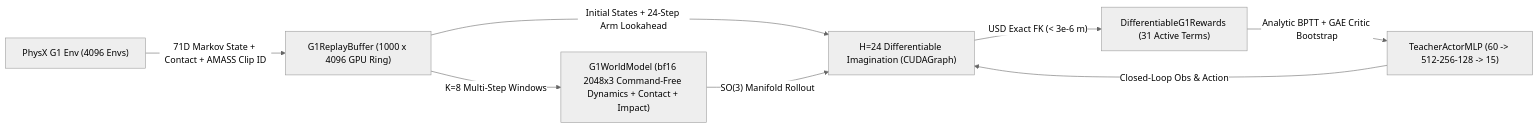
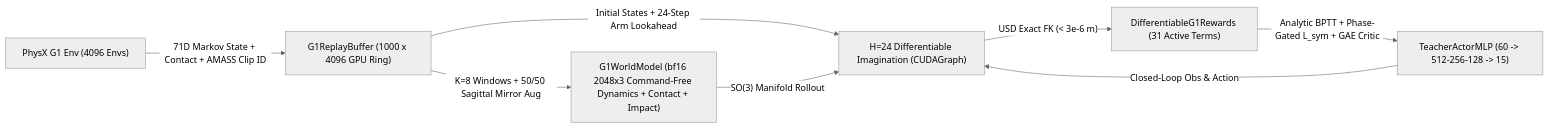
Before and after one commit to xuejun7777/SuperMimic-Decoupled-WBC: the diagram in docs/supermimic_research_report.md, drawn with Mermaid (neutral theme). The commit also changed other lines of this file and 13 other files, not shown here.

Commit message:
Add phase-gated sagittal mirror symmetry, retrain 3k-iter G1 WBC policy from scratch, and update benchmarks/demo

````diff
--- a/docs/supermimic_research_report.md
+++ b/docs/supermimic_research_report.md
@@ -13,10 +13,10 @@
 ```mermaid
 flowchart LR
     Env["PhysX G1 Env (4096 Envs)"] -->|"71D Markov State + Contact + AMASS Clip ID"| RB["G1ReplayBuffer (1000 x 4096 GPU Ring)"]
-    RB -->|"K=8 Multi-Step Windows"| WM["G1WorldModel (bf16 2048x3 Command-Free Dynamics + Contact + Impact)"]
+    RB -->|"K=8 Windows + 50/50 Sagittal Mirror Aug"| WM["G1WorldModel (bf16 2048x3 Command-Free Dynamics + Contact + Impact)"]
     RB -->|"Initial States + 24-Step Arm Lookahead"| Imag["H=24 Differentiable Imagination (CUDAGraph)"]
     WM -->|"SO(3) Manifold Rollout"| Imag
     Actor["TeacherActorMLP (60 -> 512-256-128 -> 15)"] -->|"Closed-Loop Obs & Action"| Imag
     Imag -->|"USD Exact FK (< 3e-6 m)"| Rew["DifferentiableG1Rewards (31 Active Terms)"]
-    Rew -->|"Analytic BPTT + GAE Critic Bootstrap"| Actor
+    Rew -->|"Analytic BPTT + Phase-Gated L_sym + GAE Critic"| Actor
 ```
````
